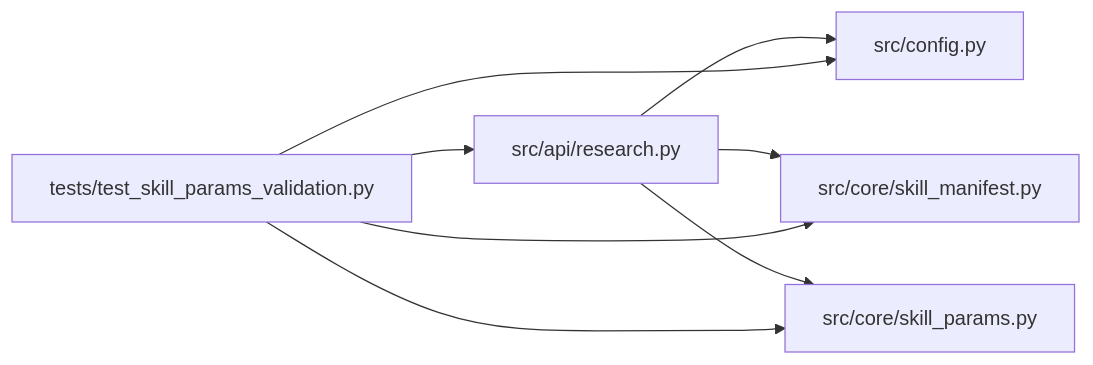
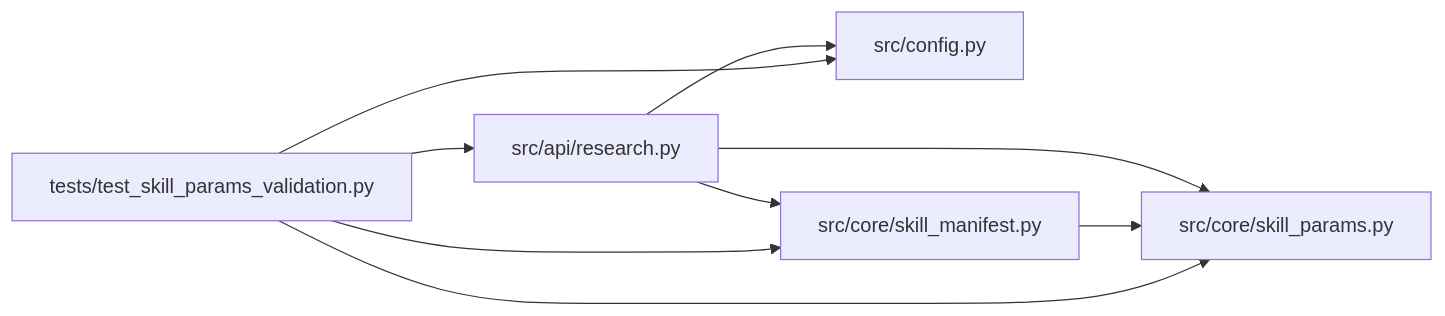
Before and after one commit to Denissvgn/autoresearch-agent: the diagram in docs/llm_wiki/modules/test_skill_params_validation.md, drawn with Mermaid. The commit also changed 1033 other files, not shown here.

````diff
--- a/docs/llm_wiki/modules/test_skill_params_validation.md
+++ b/docs/llm_wiki/modules/test_skill_params_validation.md
@@ -39,20 +39,21 @@
 ```mermaid
 flowchart LR
     n0["src/api/research.py"]
     n1["src/config.py"]
     n2["src/core/skill_manifest.py"]
     n3["src/core/skill_params.py"]
     n4["tests/test_skill_params_validation.py"]
     n0 --> n1
     n0 --> n2
     n0 --> n3
+    n2 --> n3
     n4 --> n0
     n4 --> n1
     n4 --> n2
     n4 --> n3
     click n0 "../modules/research.md"
     click n1 "../modules/config.md"
     click n2 "../modules/skill_manifest.md"
     click n3 "../modules/skill_params.md"
     click n4 "../modules/test_skill_params_validation.md"
 ```
````
